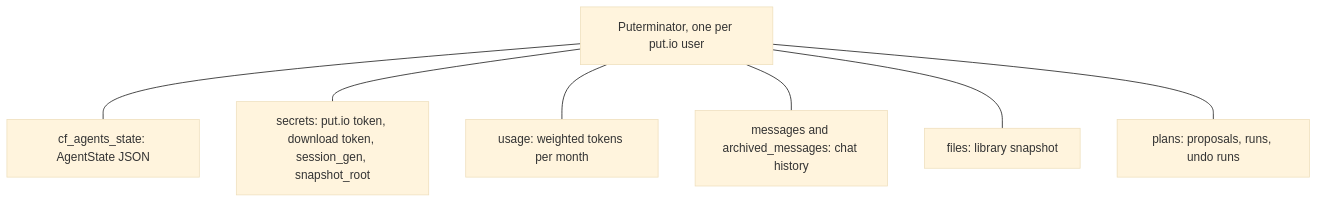
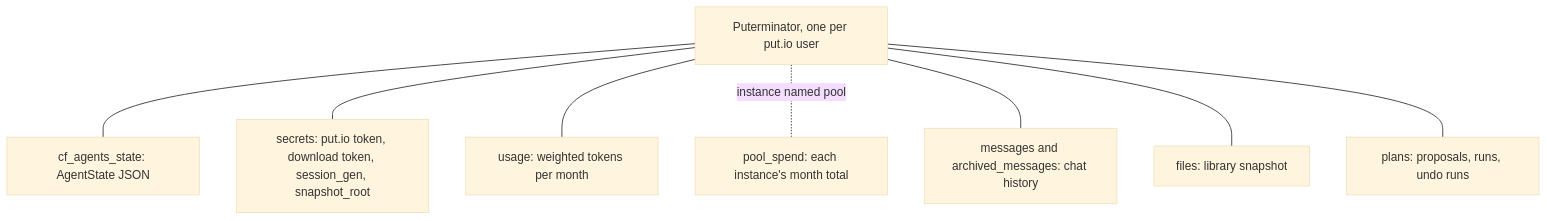
One commit to altaywtf/puterminator changed the fourth of 4 diagrams in docs/architecture.md. Above: the diagram before and after it, drawn with Mermaid (base theme). The commit also changed other lines of this file and 43 other files, not shown here.

````diff
--- a/docs/architecture.md
+++ b/docs/architecture.md
@@ -69,10 +78,11 @@
 ```mermaid
 flowchart TB
   D[Puterminator, one per put.io user]
   D --- st[cf_agents_state: AgentState JSON]
   D --- se[secrets: put.io token, download token, session_gen, snapshot_root]
   D --- us[usage: weighted tokens per month]
+  D -. "instance named pool" .- ps[pool_spend: each instance's month total]
   D --- me[messages and archived_messages: chat history]
   D --- fi[files: library snapshot]
   D --- pl[plans: proposals, runs, undo runs]
 ```
````
